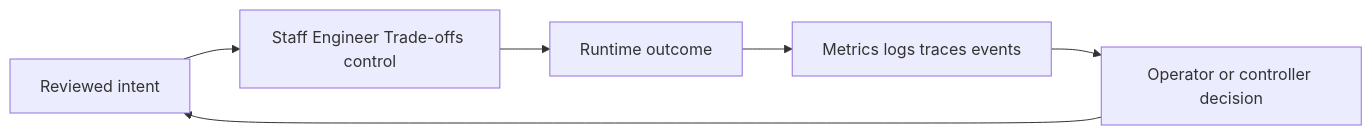
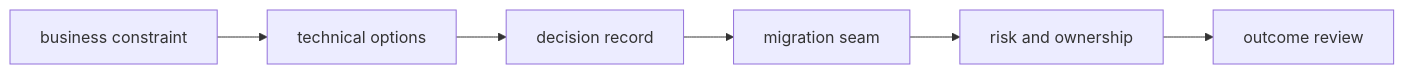
Before and after one commit to m1mohamad/devops-sre-prep: the diagram in docs/study/platform-engineering/06-staff-engineer-tradeoffs.md, drawn with Mermaid. The commit also changed other lines of this file and 61 other files, not shown here.

Commit message:
Replace generic architecture and study templates

````diff
--- a/docs/study/platform-engineering/06-staff-engineer-tradeoffs.md
+++ b/docs/study/platform-engineering/06-staff-engineer-tradeoffs.md
@@ -20,8 +15,4 @@
 ```mermaid
 flowchart LR
-  Intent[Reviewed intent] --> Control[Staff Engineer Trade-offs control]
-  Control --> Runtime[Runtime outcome]
-  Runtime --> Signals[Metrics logs traces events]
-  Signals --> Decision[Operator or controller decision]
-  Decision --> Intent
+  N0[business constraint] --> N1[technical options] --> N2[decision record] --> N3[migration seam] --> N4[risk and ownership] --> N5[outcome review]
 ```
````
